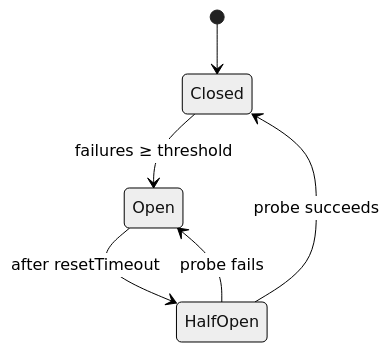
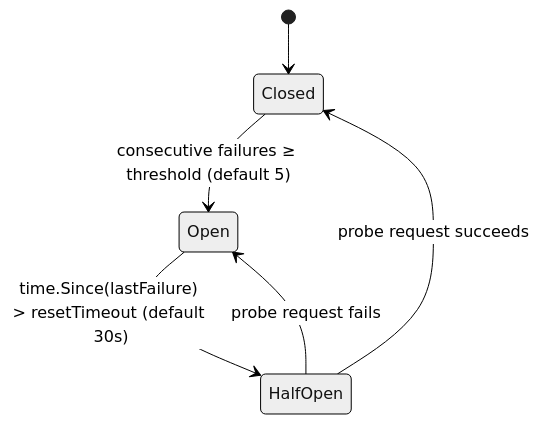
The fourth of 4 diagrams in services/go-shared/README.md (sunitakeazycommerz-a11y/InstaCommerce), drawn with Mermaid (neutral theme) before and after one commit. The commit also changed other lines of this file and 554 other files, not shown here.

````diff
--- a/services/go-shared/README.md
+++ b/services/go-shared/README.md
@@ -133,8 +224,8 @@
 ```mermaid
 stateDiagram-v2
     [*] --> Closed
-    Closed --> Open : failures ≥ threshold
-    Open --> HalfOpen : after resetTimeout
-    HalfOpen --> Closed : probe succeeds
-    HalfOpen --> Open : probe fails
+    Closed --> Open : consecutive failures ≥ threshold (default 5)
+    Open --> HalfOpen : time.Since(lastFailure) > resetTimeout (default 30s)
+    HalfOpen --> Closed : probe request succeeds
+    HalfOpen --> Open : probe request fails
 ```
````
